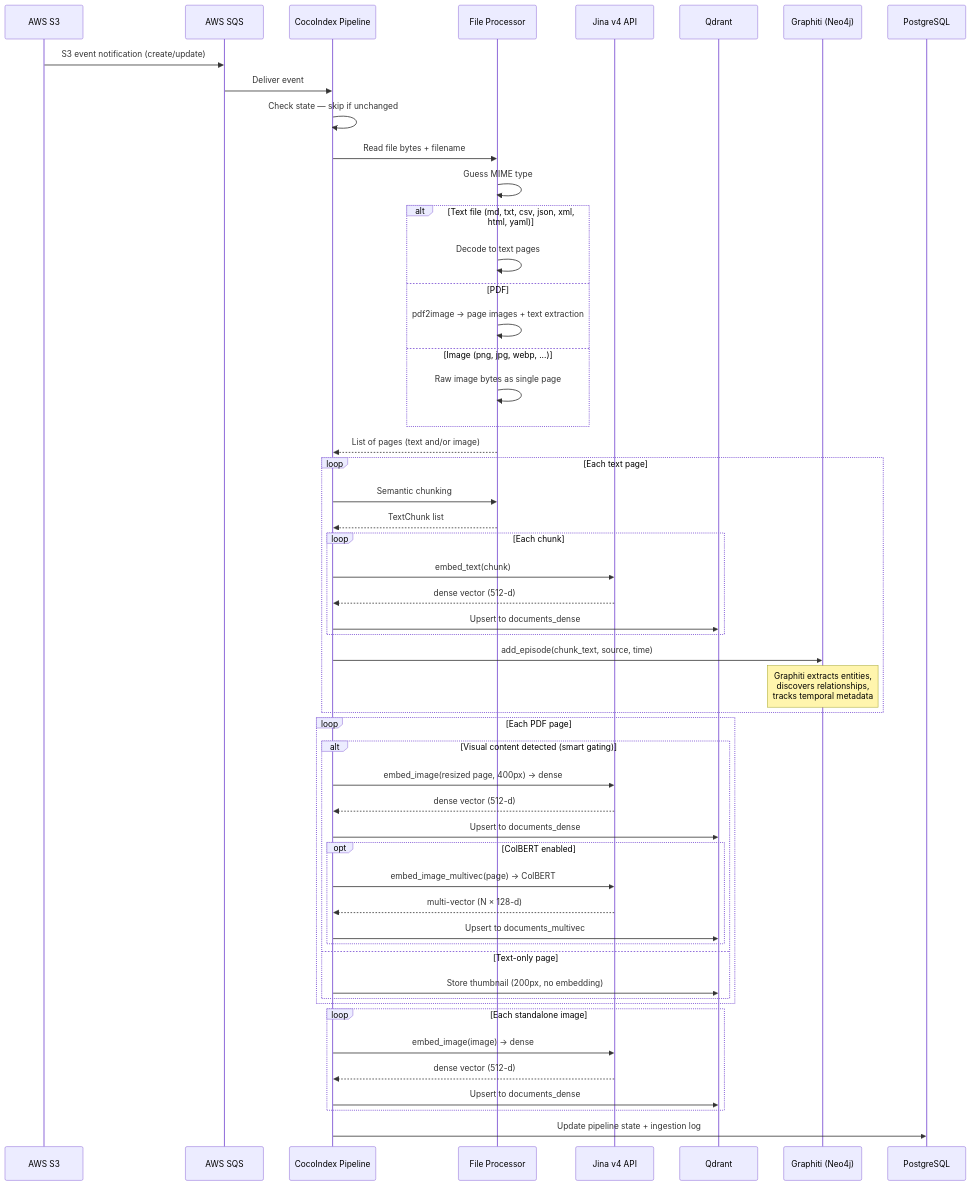
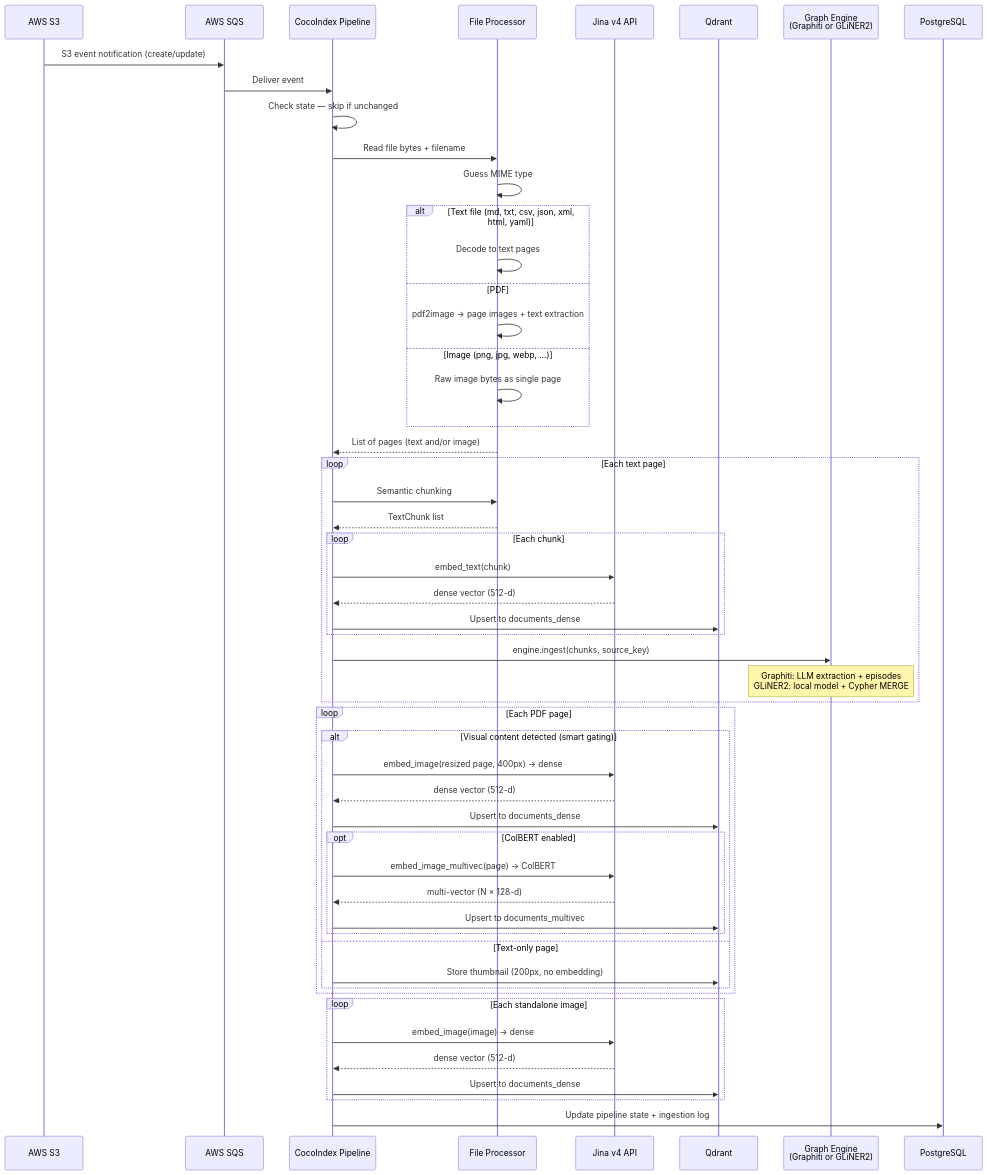
The first of 3 diagrams in docs/architecture/data-flow.md (dollro/spektr), drawn with Mermaid before and after one commit. The commit also changed other lines of this file and 8 other files, not shown here.

First line of the commit message:
docs: update documentation for modular graph engine (GLiNER2 + Graphiti)

````diff
--- a/docs/architecture/data-flow.md
+++ b/docs/architecture/data-flow.md
@@ -11,65 +11,65 @@
 ```mermaid
 sequenceDiagram
     participant S3 as AWS S3
     participant SQS as AWS SQS
     participant Coco as CocoIndex Pipeline
     participant FP as File Processor
     participant Jina as Jina v4 API
     participant QD as Qdrant
-    participant Gr as Graphiti (Neo4j)
+    participant GE as Graph Engine<br/>(Graphiti or GLiNER2)
     participant PG as PostgreSQL
 
     S3->>SQS: S3 event notification (create/update)
     SQS->>Coco: Deliver event
     Coco->>Coco: Check state — skip if unchanged
     Coco->>FP: Read file bytes + filename
 
     FP->>FP: Guess MIME type
     alt Text file (md, txt, csv, json, xml, html, yaml)
         FP->>FP: Decode to text pages
     else PDF
         FP->>FP: pdf2image → page images + text extraction
     else Image (png, jpg, webp, ...)
         FP->>FP: Raw image bytes as single page
     end
 
     FP-->>Coco: List of pages (text and/or image)
 
     loop Each text page
         Coco->>FP: Semantic chunking
         FP-->>Coco: TextChunk list
 
         loop Each chunk
             Coco->>Jina: embed_text(chunk)
             Jina-->>Coco: dense vector (512-d)
             Coco->>QD: Upsert to documents_dense
         end
 
-        Coco->>Gr: add_episode(chunk_text, source, time)
-        Note over Gr: Graphiti extracts entities,<br/>discovers relationships,<br/>tracks temporal metadata
+        Coco->>GE: engine.ingest(chunks, source_key)
+        Note over GE: Graphiti: LLM extraction + episodes<br/>GLiNER2: local model + Cypher MERGE
     end
 
     loop Each PDF page
         alt Visual content detected (smart gating)
             Coco->>Jina: embed_image(resized page, 400px) → dense
             Jina-->>Coco: dense vector (512-d)
             Coco->>QD: Upsert to documents_dense
 
             opt ColBERT enabled
                 Coco->>Jina: embed_image_multivec(page) → ColBERT
                 Jina-->>Coco: multi-vector (N × 128-d)
                 Coco->>QD: Upsert to documents_multivec
             end
         else Text-only page
             Coco->>QD: Store thumbnail (200px, no embedding)
         end
     end
 
     loop Each standalone image
         Coco->>Jina: embed_image(image) → dense
         Jina-->>Coco: dense vector (512-d)
         Coco->>QD: Upsert to documents_dense
     end
 
     Coco->>PG: Update pipeline state + ingestion log
 ```
````
